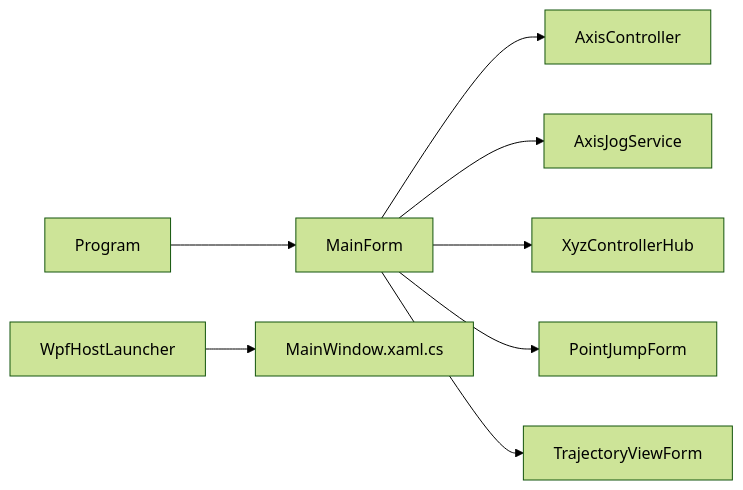
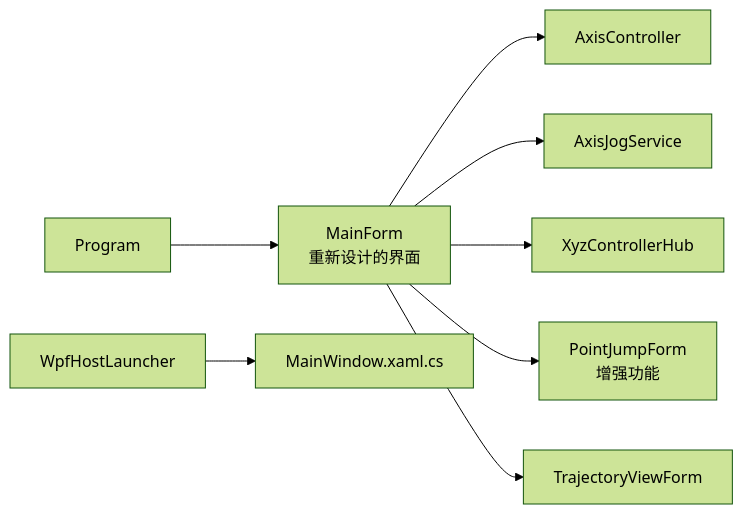
Before and after one commit to fuweiq94-cloud/3399180760: the fifth of 5 diagrams in .qoder/repowiki/zh/content/架构设计/主窗体协调器.md, drawn with Mermaid (forest theme). The commit also changed other lines of this file and 22 other files, not shown here.

````diff
--- a/.qoder/repowiki/zh/content/架构设计/主窗体协调器.md
+++ b/.qoder/repowiki/zh/content/架构设计/主窗体协调器.md
@@ -319,10 +348,10 @@
 ```mermaid
 graph LR
-PRG["Program"] --> MF["MainForm"]
+PRG["Program"] --> MF["MainForm<br/>重新设计的界面"]
 MF --> AC["AxisController"]
 MF --> AJS["AxisJogService"]
 MF --> XCH["XyzControllerHub"]
-MF --> PJF["PointJumpForm"]
+MF --> PJF["PointJumpForm<br/>增强功能"]
 MF --> TVF["TrajectoryViewForm"]
 WHL["WpfHostLauncher"] --> WMW["MainWindow.xaml.cs"]
 ```
````
